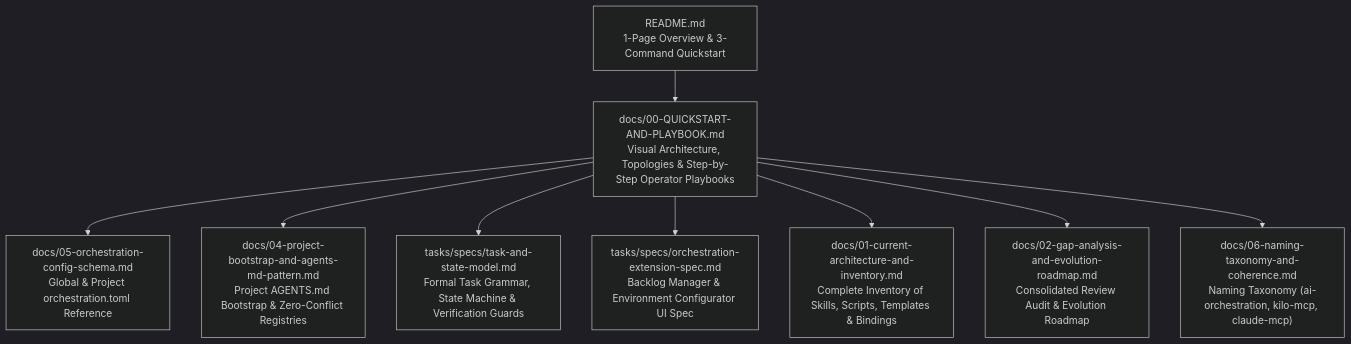
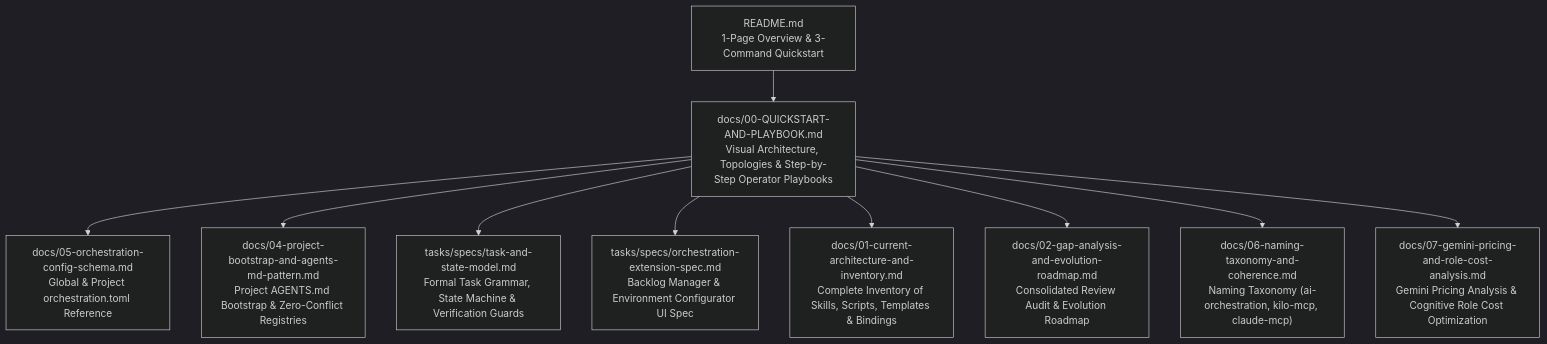
One commit to primax79/ai-orchestration changed the diagram in docs/README.md. Above: the diagram before and after it, drawn with Mermaid (dark theme). The commit also changed other lines of this file and 1 other file, not shown here.

Commit message:
docs: add comprehensive Gemini pricing and cognitive role cost analysis report

````diff
--- a/docs/README.md
+++ b/docs/README.md
@@ -9,16 +9,17 @@
 ```mermaid
 flowchart TB
     ROOT["README.md<br/>1-Page Overview & 3-Command Quickstart"]
     D00["docs/00-QUICKSTART-AND-PLAYBOOK.md<br/>Visual Architecture, Topologies & Step-by-Step Operator Playbooks"]
     D05["docs/05-orchestration-config-schema.md<br/>Global & Project orchestration.toml Reference"]
     D04["docs/04-project-bootstrap-and-agents-md-pattern.md<br/>Project AGENTS.md Bootstrap & Zero-Conflict Registries"]
     S_TASK["tasks/specs/task-and-state-model.md<br/>Formal Task Grammar, State Machine & Verification Guards"]
     S_EXT["tasks/specs/orchestration-extension-spec.md<br/>Backlog Manager & Environment Configurator UI Spec"]
     D01["docs/01-current-architecture-and-inventory.md<br/>Complete Inventory of Skills, Scripts, Templates & Bindings"]
     D02["docs/02-gap-analysis-and-evolution-roadmap.md<br/>Consolidated Review Audit & Evolution Roadmap"]
     D06["docs/06-naming-taxonomy-and-coherence.md<br/>Naming Taxonomy (ai-orchestration, kilo-mcp, claude-mcp)"]
+    D07["docs/07-gemini-pricing-and-role-cost-analysis.md<br/>Gemini Pricing Analysis & Cognitive Role Cost Optimization"]
 
     ROOT --> D00
     D00 --> D05 & D04 & S_TASK & S_EXT
-    D00 --> D01 & D02 & D06
+    D00 --> D01 & D02 & D06 & D07
 ```
````
